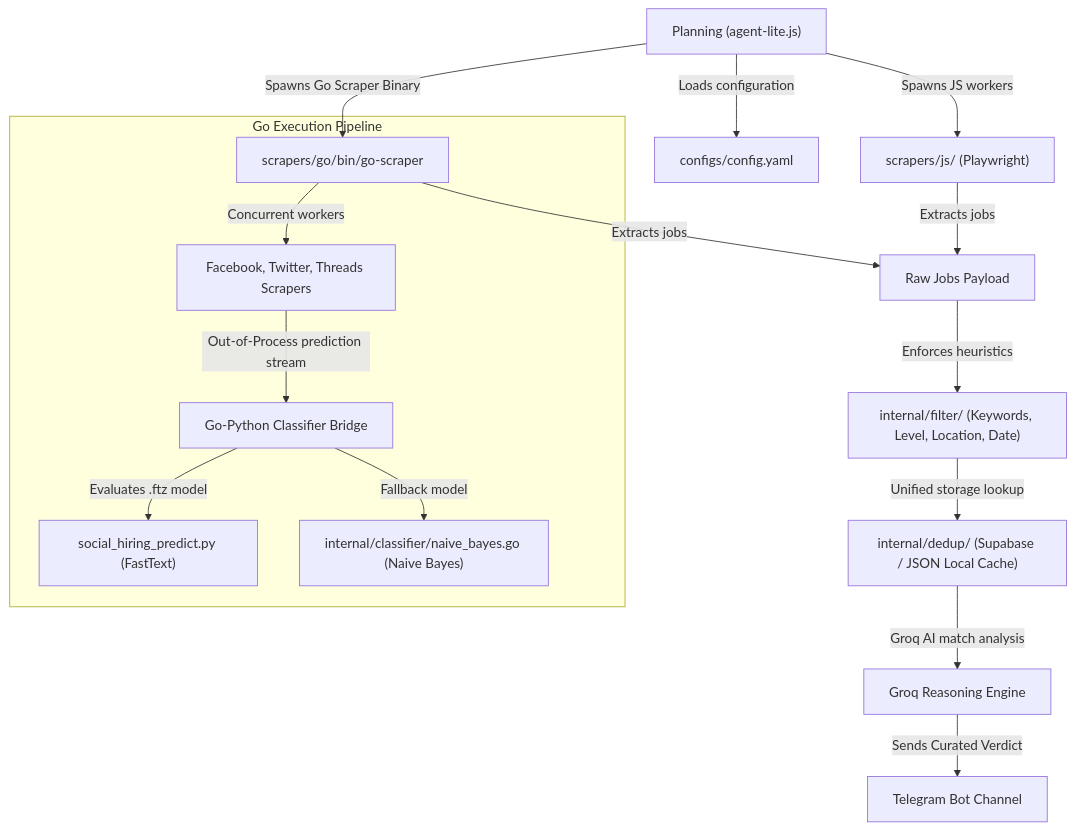
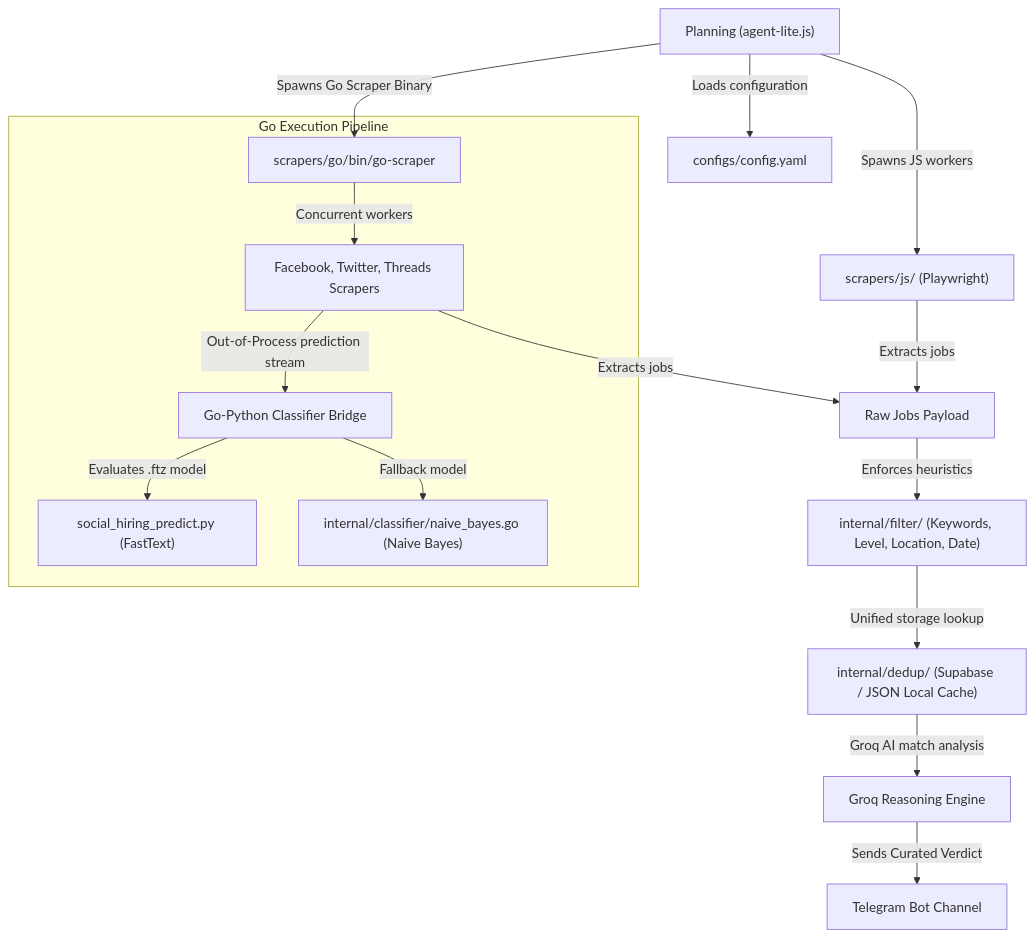
Before and after one commit to dquang0504/autonomous-job-hunter: the diagram in README.md, drawn with Mermaid.

Commit message:
fix(docs): resolve Mermaid syntax and Dagre rendering constraint layout error in README.md

````diff
--- a/README.md
+++ b/README.md
@@ -43,20 +43,20 @@
 ```mermaid
 graph TD
     A["Planning (agent-lite.js)"] -->|Loads configuration| B["configs/config.yaml"]
     A -->|Spawns JS workers| C["scrapers/js/ (Playwright)"]
-    A -->|Spawns Go Scraper Binary| D["scrapers/go/bin/go-scraper"]
-    
-    subgraph Go Execution Pipeline
-        D -->|Concurrent workers| E["Facebook, Twitter, Threads Scrapers"]
+    A -->|Spawns Go Scraper Binary| D
+
+    subgraph Go Execution Pipeline ["Go Execution Pipeline"]
+        D["scrapers/go/bin/go-scraper"] -->|Concurrent workers| E["Facebook, Twitter, Threads Scrapers"]
         E -->|Out-of-Process prediction stream| F["Go-Python Classifier Bridge"]
         F -->|Evaluates .ftz model| G["social_hiring_predict.py (FastText)"]
         F -->|Fallback model| H["internal/classifier/naive_bayes.go (Naive Bayes)"]
     end
 
     C -->|Extracts jobs| I["Raw Jobs Payload"]
-    D -->|Extracts jobs| I
+    E -->|Extracts jobs| I
     I -->|Enforces heuristics| J["internal/filter/ (Keywords, Level, Location, Date)"]
     J -->|Unified storage lookup| K["internal/dedup/ (Supabase / JSON Local Cache)"]
     K -->|Groq AI match analysis| L["Groq Reasoning Engine"]
     L -->|Sends Curated Verdict| M["Telegram Bot Channel"]
 ```
````
